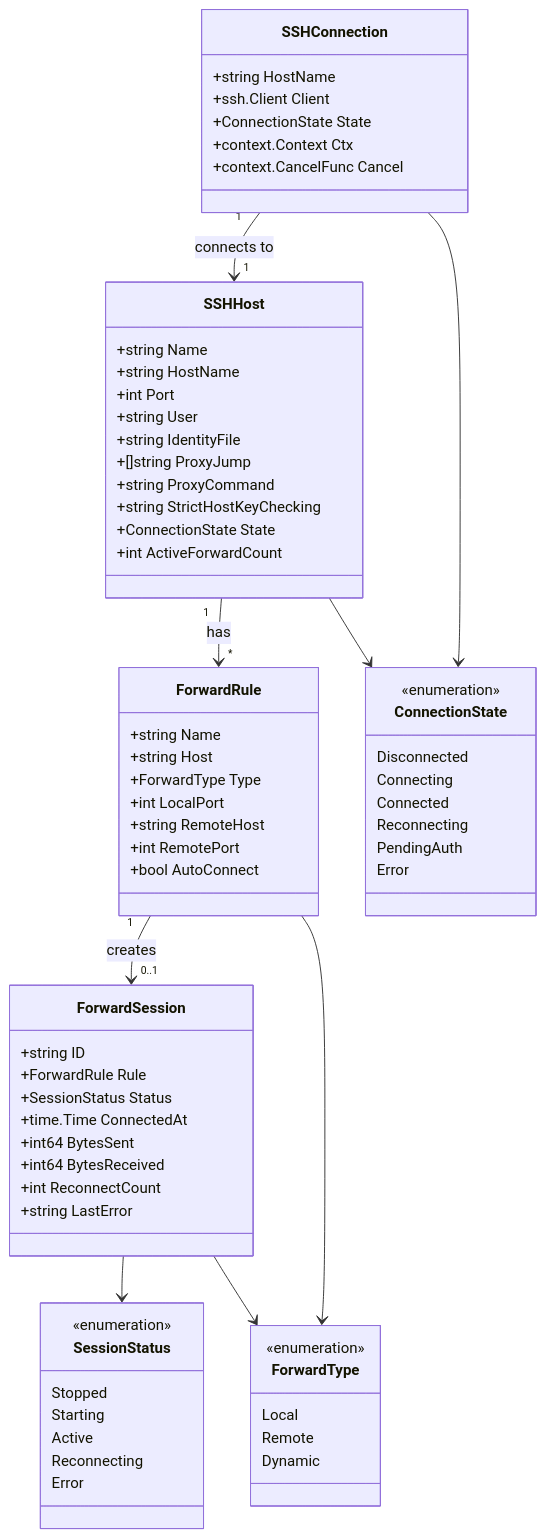
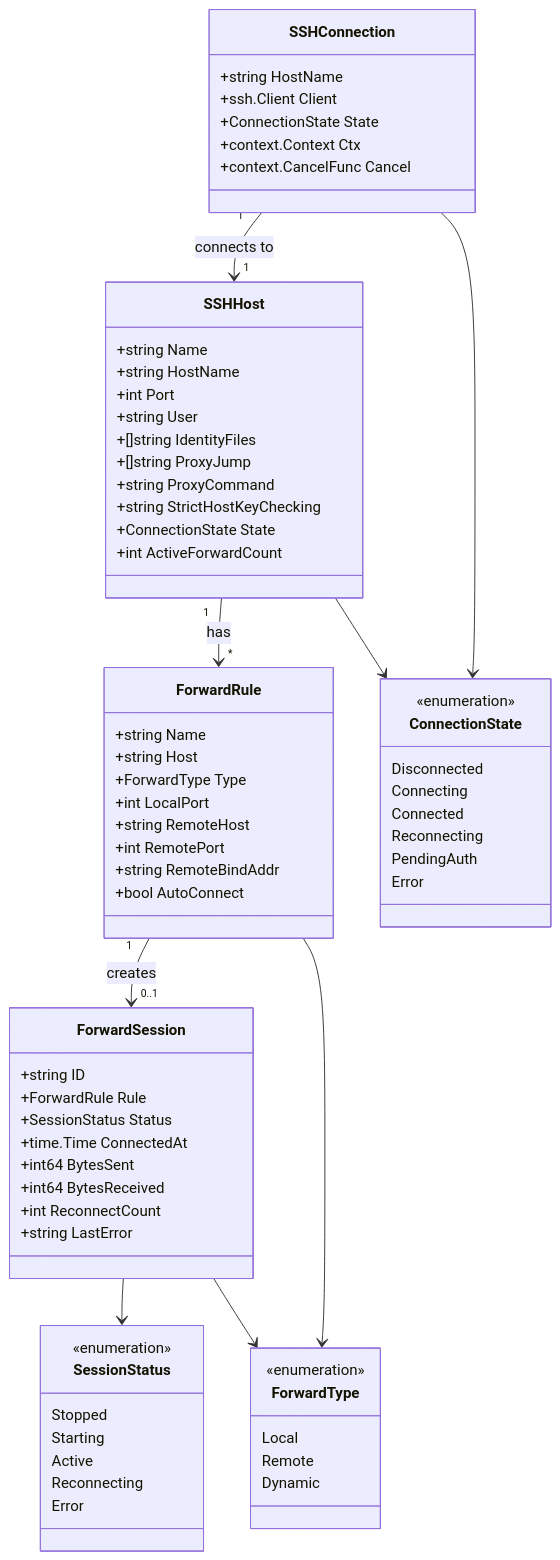
The second of 4 diagrams in docs/architecture/data-model.md (ousiassllc/MolePort), drawn with Mermaid before and after one commit. The commit also changed other lines of this file and 3 other files, not shown here.

````diff
--- a/docs/architecture/data-model.md
+++ b/docs/architecture/data-model.md
@@ -212,79 +222,80 @@
 ```mermaid
 classDiagram
     class SSHHost {
         +string Name
         +string HostName
         +int Port
         +string User
-        +string IdentityFile
+        +[]string IdentityFiles
         +[]string ProxyJump
         +string ProxyCommand
         +string StrictHostKeyChecking
         +ConnectionState State
         +int ActiveForwardCount
     }
 
     class ForwardRule {
         +string Name
         +string Host
         +ForwardType Type
         +int LocalPort
         +string RemoteHost
         +int RemotePort
+        +string RemoteBindAddr
         +bool AutoConnect
     }
 
     class ForwardSession {
         +string ID
         +ForwardRule Rule
         +SessionStatus Status
         +time.Time ConnectedAt
         +int64 BytesSent
         +int64 BytesReceived
         +int ReconnectCount
         +string LastError
     }
 
     class SSHConnection {
         +string HostName
         +ssh.Client Client
         +ConnectionState State
         +context.Context Ctx
         +context.CancelFunc Cancel
     }
 
     class ConnectionState {
         <<enumeration>>
         Disconnected
         Connecting
         Connected
         Reconnecting
         PendingAuth
         Error
     }
 
     class SessionStatus {
         <<enumeration>>
         Stopped
         Starting
         Active
         Reconnecting
         Error
     }
 
     class ForwardType {
         <<enumeration>>
         Local
         Remote
         Dynamic
     }
 
     SSHHost "1" --> "*" ForwardRule : has
     ForwardRule "1" --> "0..1" ForwardSession : creates
     ForwardSession --> SessionStatus
     ForwardSession --> ForwardType
     SSHConnection "1" --> "1" SSHHost : connects to
     SSHConnection --> ConnectionState
     SSHHost --> ConnectionState
     ForwardRule --> ForwardType
 ```
````
